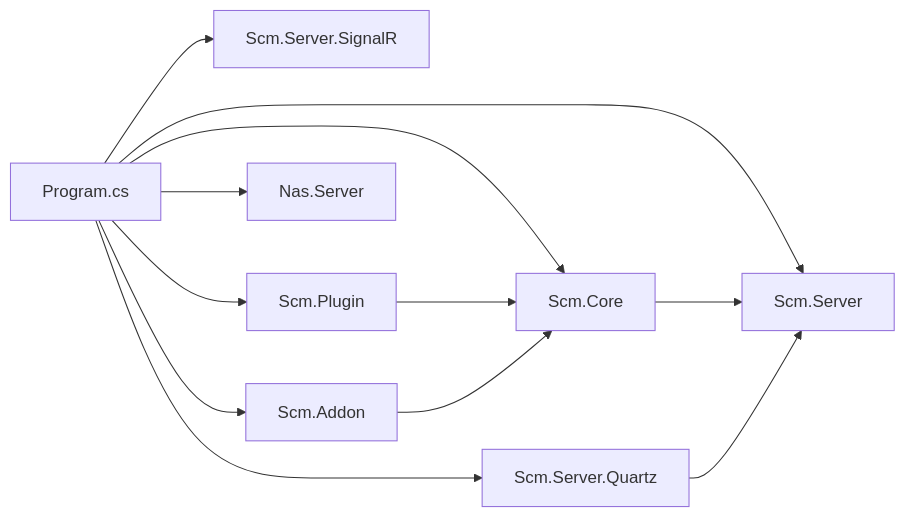
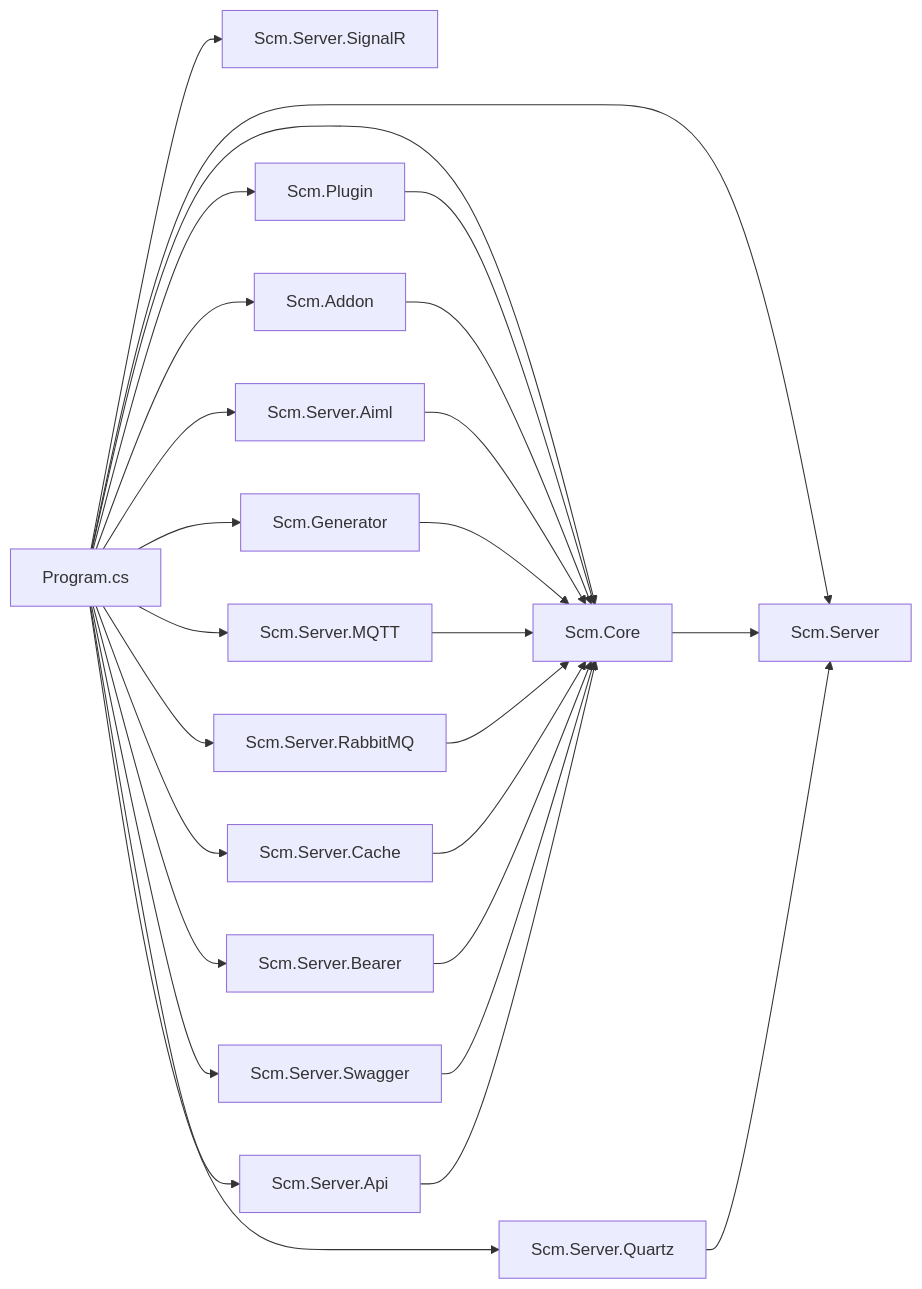
Before and after one commit to leadiot/Scm.Net: the third of 3 diagrams in .qoder/repowiki/zh/content/项目概述/核心特性.md, drawn with Mermaid. The commit also changed other lines of this file and 19 other files, not shown here.

````diff
--- a/.qoder/repowiki/zh/content/项目概述/核心特性.md
+++ b/.qoder/repowiki/zh/content/项目概述/核心特性.md
@@ -353,14 +470,29 @@
 ```mermaid
 graph LR
 Program["Program.cs"] --> Core["Scm.Core"]
 Program --> Server["Scm.Server"]
 Program --> SignalR["Scm.Server.SignalR"]
 Program --> Quartz["Scm.Server.Quartz"]
 Program --> Plugin["Scm.Plugin"]
 Program --> Addon["Scm.Addon"]
-Program --> Nas["Nas.Server"]
+Program --> Aiml["Scm.Server.Aiml"]
+Program --> Generator["Scm.Generator"]
+Program --> Mqtt["Scm.Server.MQTT"]
+Program --> RabbitMQ["Scm.Server.RabbitMQ"]
+Program --> Cache["Scm.Server.Cache"]
+Program --> Bearer["Scm.Server.Bearer"]
+Program --> Swagger["Scm.Server.Swagger"]
+Program --> Api["Scm.Server.Api"]
 Core --> Server
 Quartz --> Server
 Plugin --> Core
 Addon --> Core
+Aiml --> Core
+Generator --> Core
+Mqtt --> Core
+RabbitMQ --> Core
+Cache --> Core
+Bearer --> Core
+Swagger --> Core
+Api --> Core
 ```
````
